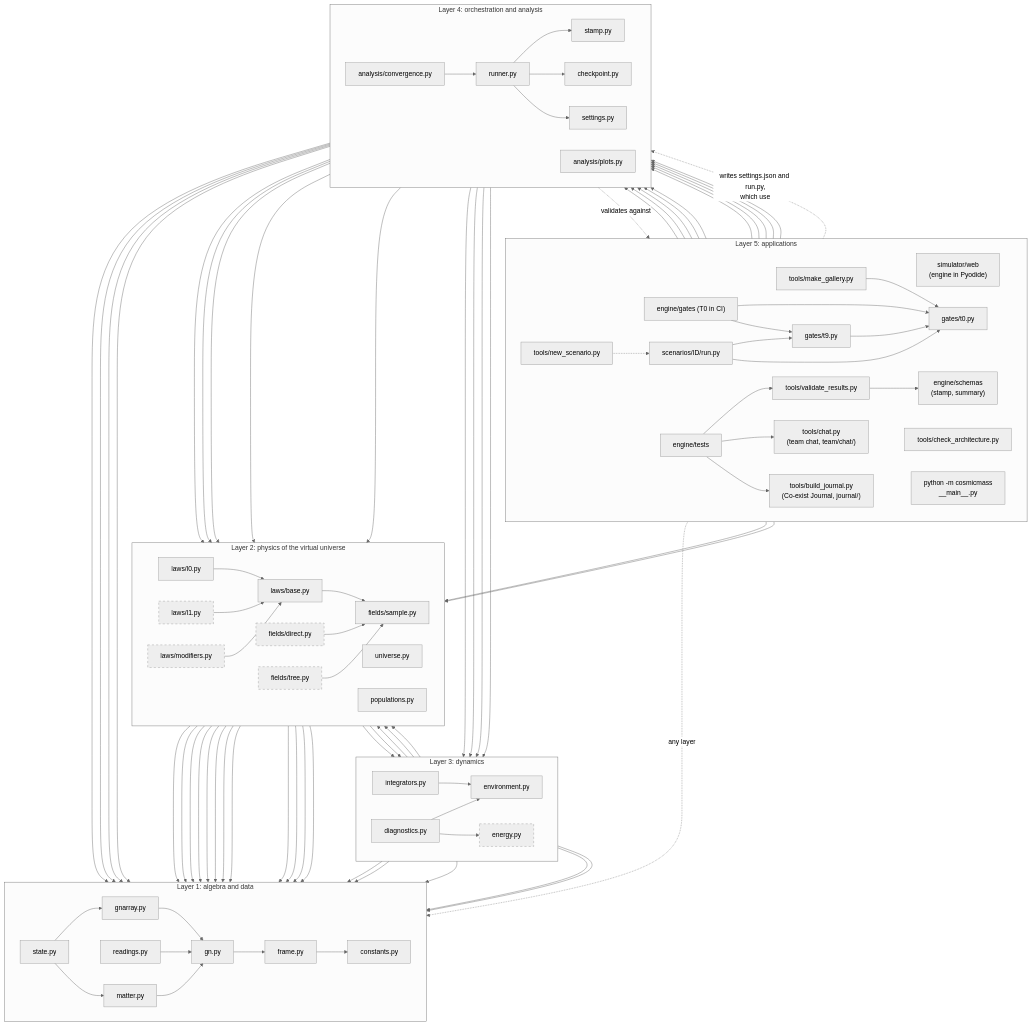
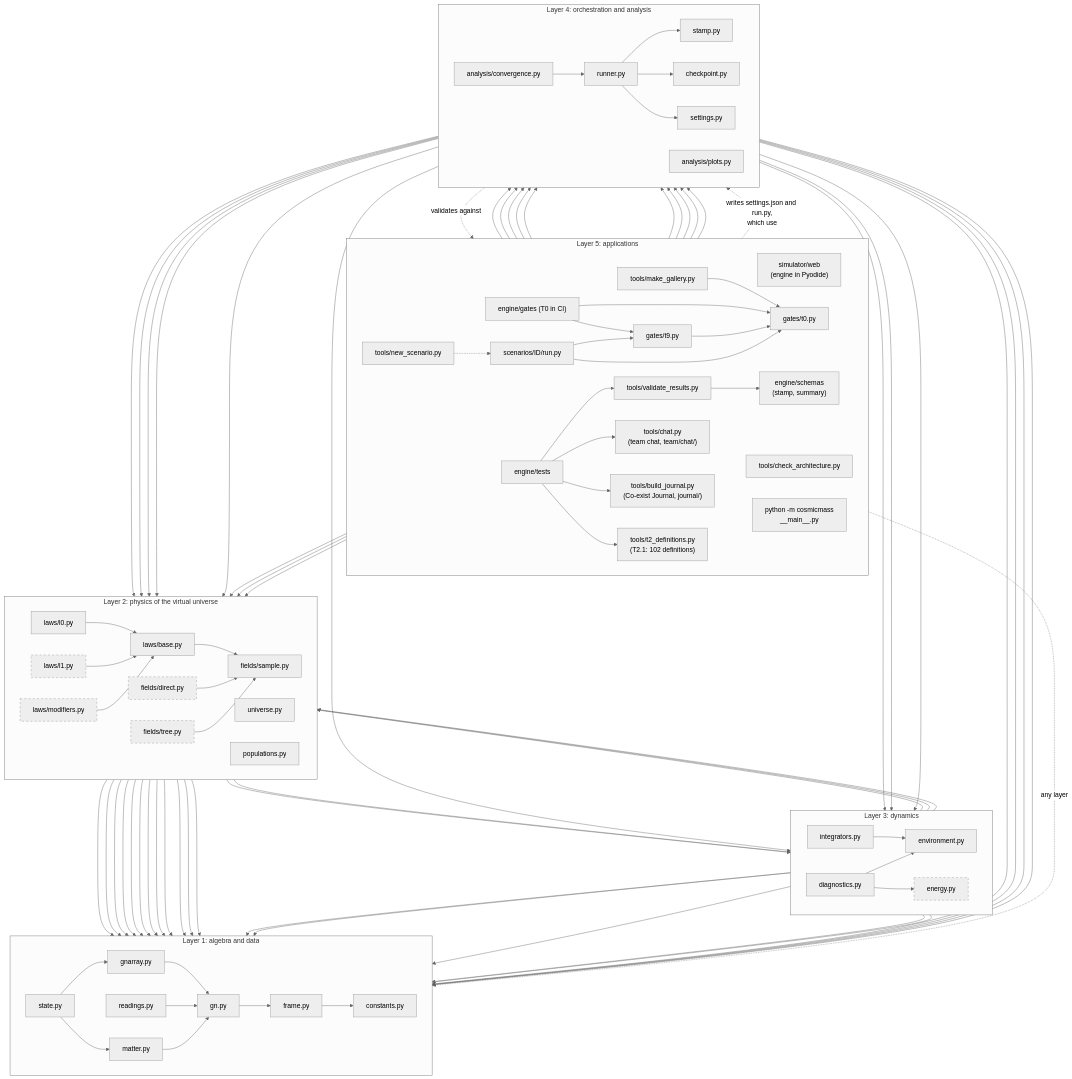
The second of 8 diagrams in ARCHITECTURE.md (MostafaDerraz/cosmic-mass-lab), drawn with Mermaid (neutral theme) before and after one commit. The commit also changed other lines of this file and 6 other files, not shown here.

```diff
--- a/ARCHITECTURE.md
+++ b/ARCHITECTURE.md
@@ -152,6 +153,7 @@
         schemas["engine/schemas<br/>(stamp, summary)"]
         gallery["tools/make_gallery.py"]
         journal["tools/build_journal.py<br/>(Co-exist Journal, journal/)"]
+        t2defs["tools/t2_definitions.py<br/>(T2.1: 102 definitions)"]
         cli["python -m cosmicmass<br/>__main__.py"]
         scen["scenarios/ID/run.py"]
         gate["gates/t0.py"]
@@ -223,6 +225,8 @@
     tests --> validate
     tests --> chat
     tests --> journal
+    tests --> t2defs
+    t2defs --> lawbase
     validate --> schemas
     webui --> runner
     scaffold -.->|"writes settings.json and run.py,<br/>which use"| settings
```
